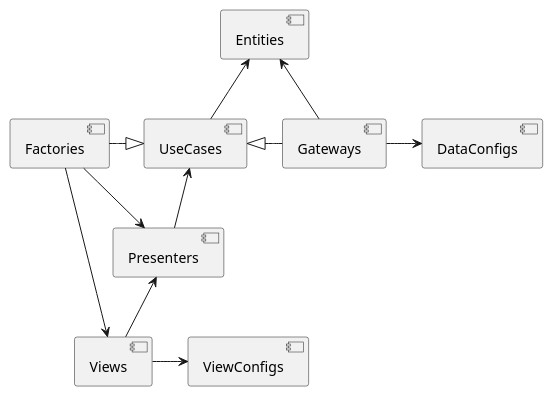
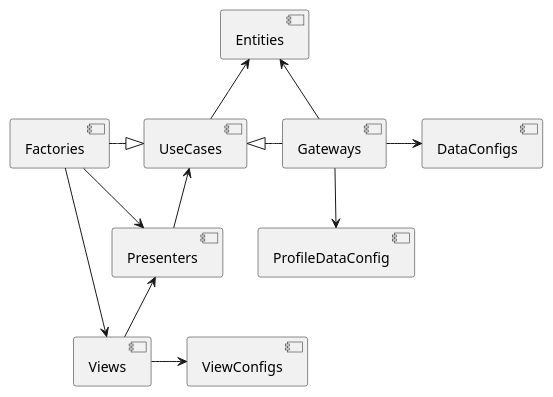
One commit to Mandrugin/meta-ui changed the diagram in Docs/Architecture.md. Above: the diagram before and after it, drawn with PlantUML. The commit also changed 75 other files, not shown here.

````diff
--- a/Docs/Architecture.md
+++ b/Docs/Architecture.md
@@ -3,14 +3,15 @@
 ```plantuml
 @startuml
 [Entities]<--[Gateways]
 [Entities]<--[UseCases]
 [Factories]-|>[UseCases]
 [Factories]-->[Presenters]
 [Factories]-->[Views]
 [UseCases]<|-[Gateways]
 [Gateways]->[DataConfigs]
+[Gateways]-->[ProfileDataConfig]
 [UseCases]<--[Presenters]
 [Presenters]<--[Views]
 [Views]->[ViewConfigs]
 @enduml
 ```
````
